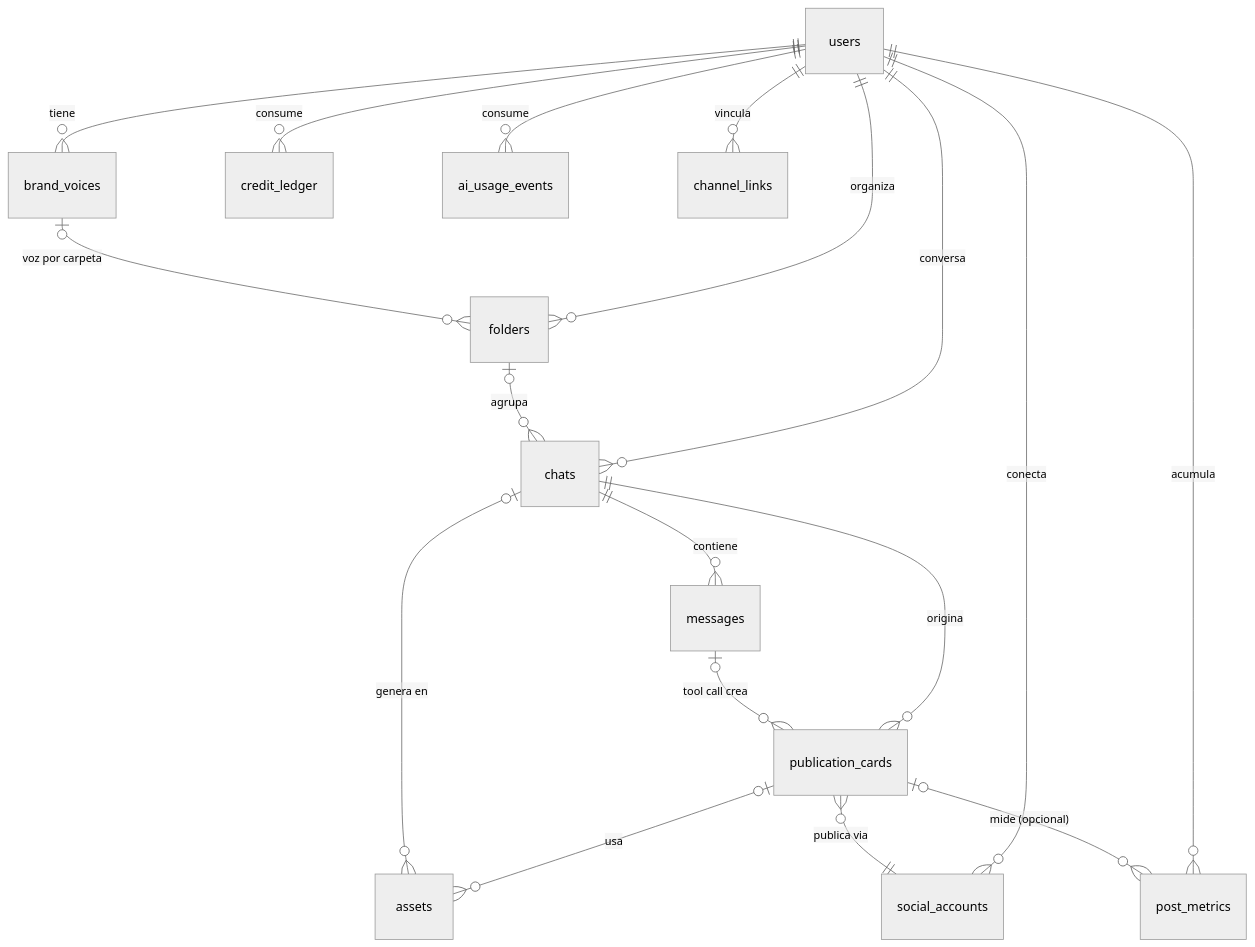
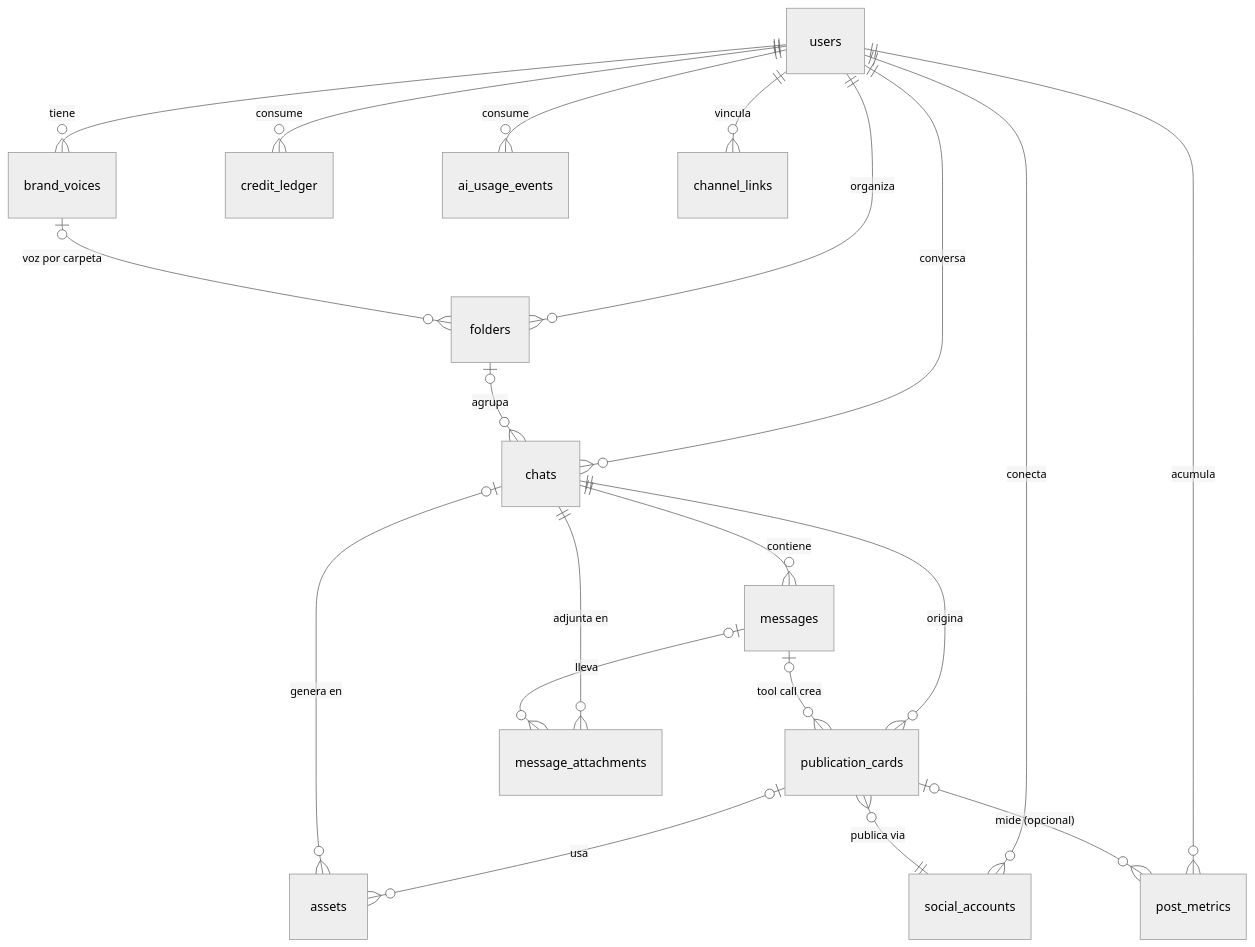
Before and after one commit to jata-imk/presencia: the diagram in docs/reference/modelo-de-datos.md, drawn with Mermaid (neutral theme). The commit also changed other lines of this file and 32 other files, not shown here.

````diff
--- a/docs/reference/modelo-de-datos.md
+++ b/docs/reference/modelo-de-datos.md
@@ -374,20 +386,22 @@
 ```mermaid
 erDiagram
     users ||--o{ brand_voices : tiene
     users ||--o{ folders : organiza
     users ||--o{ chats : conversa
     users ||--o{ credit_ledger : consume
     users ||--o{ ai_usage_events : consume
     users ||--o{ channel_links : vincula
     users ||--o{ social_accounts : conecta
     brand_voices |o--o{ folders : "voz por carpeta"
     folders |o--o{ chats : agrupa
     chats ||--o{ messages : contiene
     chats ||--o{ publication_cards : origina
     messages |o--o{ publication_cards : "tool call crea"
     publication_cards |o--o{ assets : usa
     chats |o--o{ assets : "genera en"
+    chats ||--o{ message_attachments : "adjunta en"
+    messages |o--o{ message_attachments : lleva
     publication_cards }o--|| social_accounts : "publica via"
     users ||--o{ post_metrics : acumula
     publication_cards |o--o{ post_metrics : "mide (opcional)"
 ```
````
